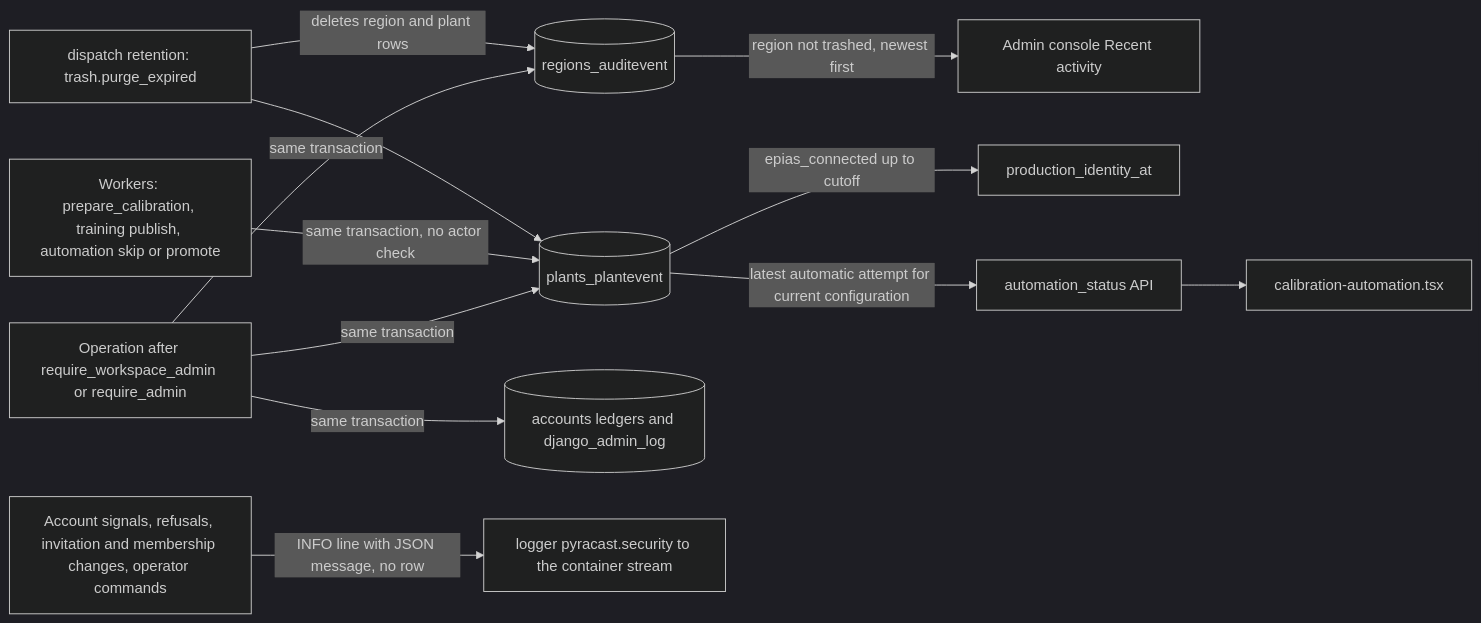
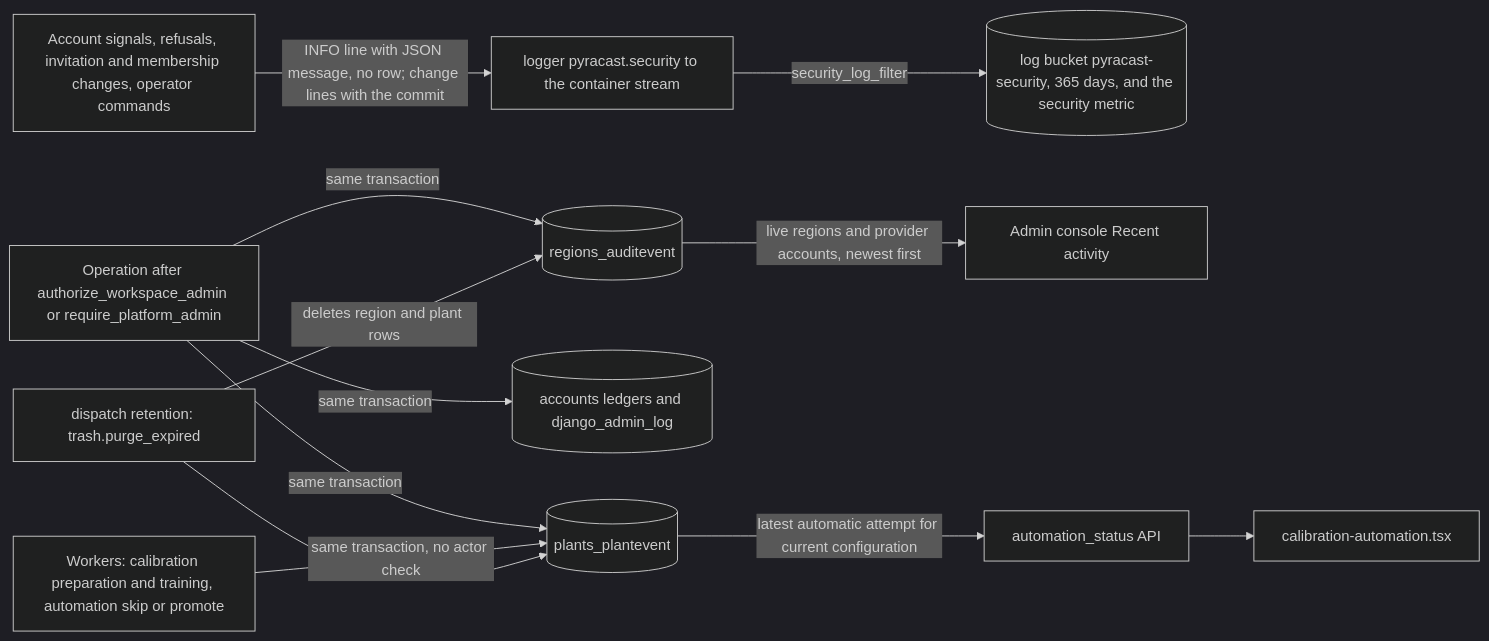
Before and after one commit to erkurtharun/pyracast: the diagram in docs/flows/audit-trail.md, drawn with Mermaid (dark theme). The commit also changed other lines of this file and 85 other files, not shown here.

First line of the commit message:
Bring the flow pages in line with the code (#107)

````diff
--- a/docs/flows/audit-trail.md
+++ b/docs/flows/audit-trail.md
@@ -17,14 +18,14 @@
 ```mermaid
 flowchart LR
-    OP["Operation after require_workspace_admin or require_admin"] -->|"same transaction"| AE[("regions_auditevent")]
+    OP["Operation after authorize_workspace_admin or require_platform_admin"] -->|"same transaction"| AE[("regions_auditevent")]
     OP -->|"same transaction"| PE[("plants_plantevent")]
     OP -->|"same transaction"| LG[("accounts ledgers and django_admin_log")]
-    WK["Workers: prepare_calibration, training publish, automation skip or promote"] -->|"same transaction, no actor check"| PE
-    SIG["Account signals, refusals, invitation and membership changes, operator commands"] -->|"INFO line with JSON message, no row"| LOG["logger pyracast.security to the container stream"]
-    AE -->|"region not trashed, newest first"| CON["Admin console Recent activity"]
-    PE -->|"epias_connected up to cutoff"| ID["production_identity_at"]
+    WK["Workers: calibration preparation and training, automation skip or promote"] -->|"same transaction, no actor check"| PE
+    SIG["Account signals, refusals, invitation and membership changes, operator commands"] -->|"INFO line with JSON message, no row; change lines with the commit"| LOG["logger pyracast.security to the container stream"]
+    LOG -->|"security_log_filter"| BKT[("log bucket pyracast-security, 365 days, and the security metric")]
+    AE -->|"live regions and provider accounts, newest first"| CON["Admin console Recent activity"]
     PE -->|"latest automatic attempt for current configuration"| AS["automation_status API"]
     AS --> WEB["calibration-automation.tsx"]
     PUR["dispatch retention: trash.purge_expired"] -->|"deletes region and plant rows"| AE
     PUR --> PE
 ```
````
